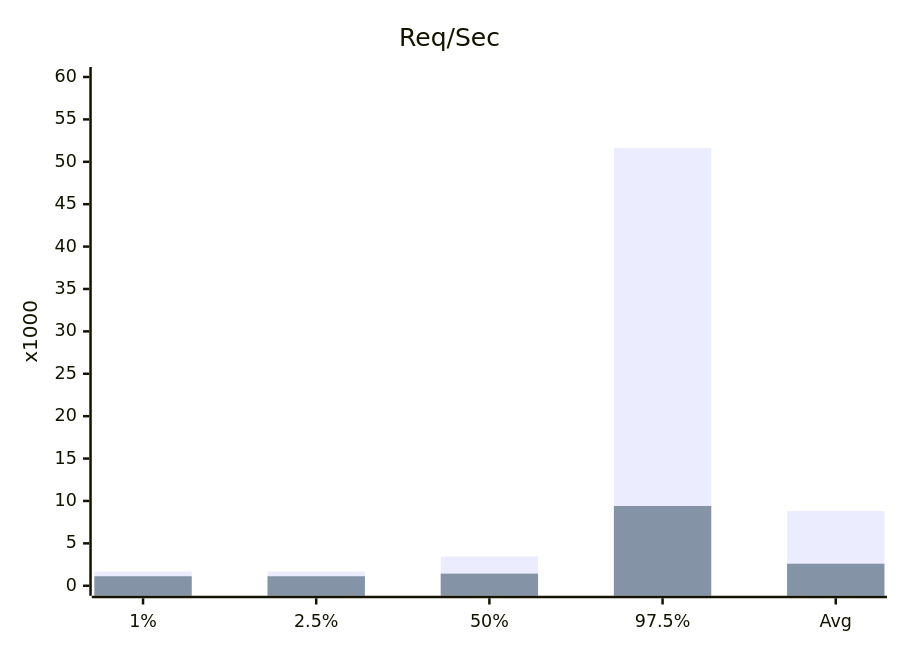
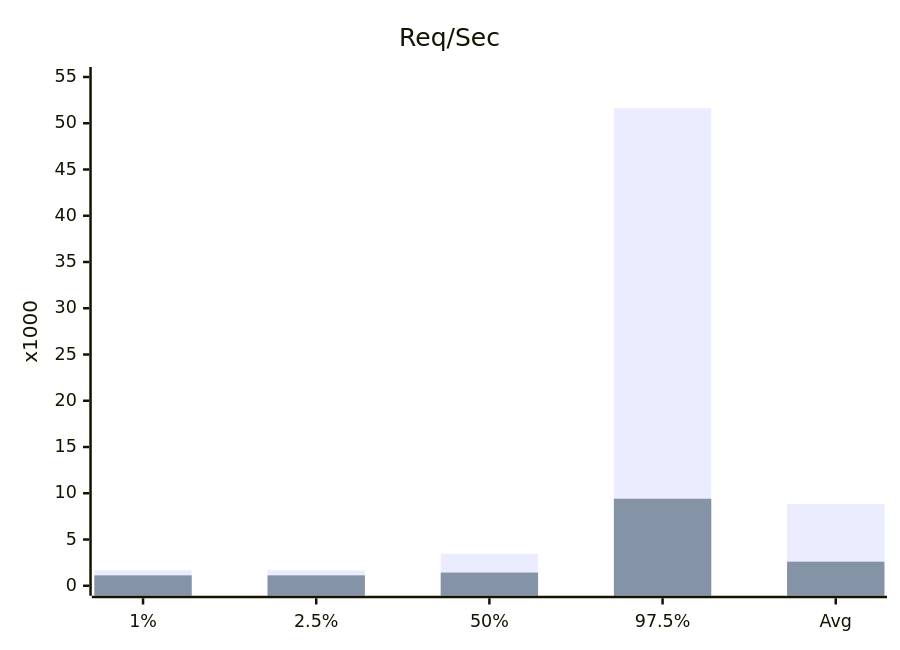
Before and after one commit to tuphan-dn/tuphan.dev: the first of 2 diagrams in src/app/blog/10x-your-js-web-servers/page.md, drawn with Mermaid. The commit also changed other lines of this file and 1 other file, not shown here.

````diff
--- a/src/app/blog/10x-your-js-web-servers/page.md
+++ b/src/app/blog/10x-your-js-web-servers/page.md
@@ -83,8 +83,8 @@
 ```mermaid
 xychart-beta
     title "Req/Sec"
     x-axis ["1%", "2.5%",	"50%", "97.5%", Avg]
-    y-axis "x1000" 0 --> 60
+    y-axis "x1000" 0 --> 55
     bar [1.676, 1.676, 3.453, 51.615, 8.838]
     bar [1.123, 1.123, 1.427, 9.407, 2.6012]
 ```
````
